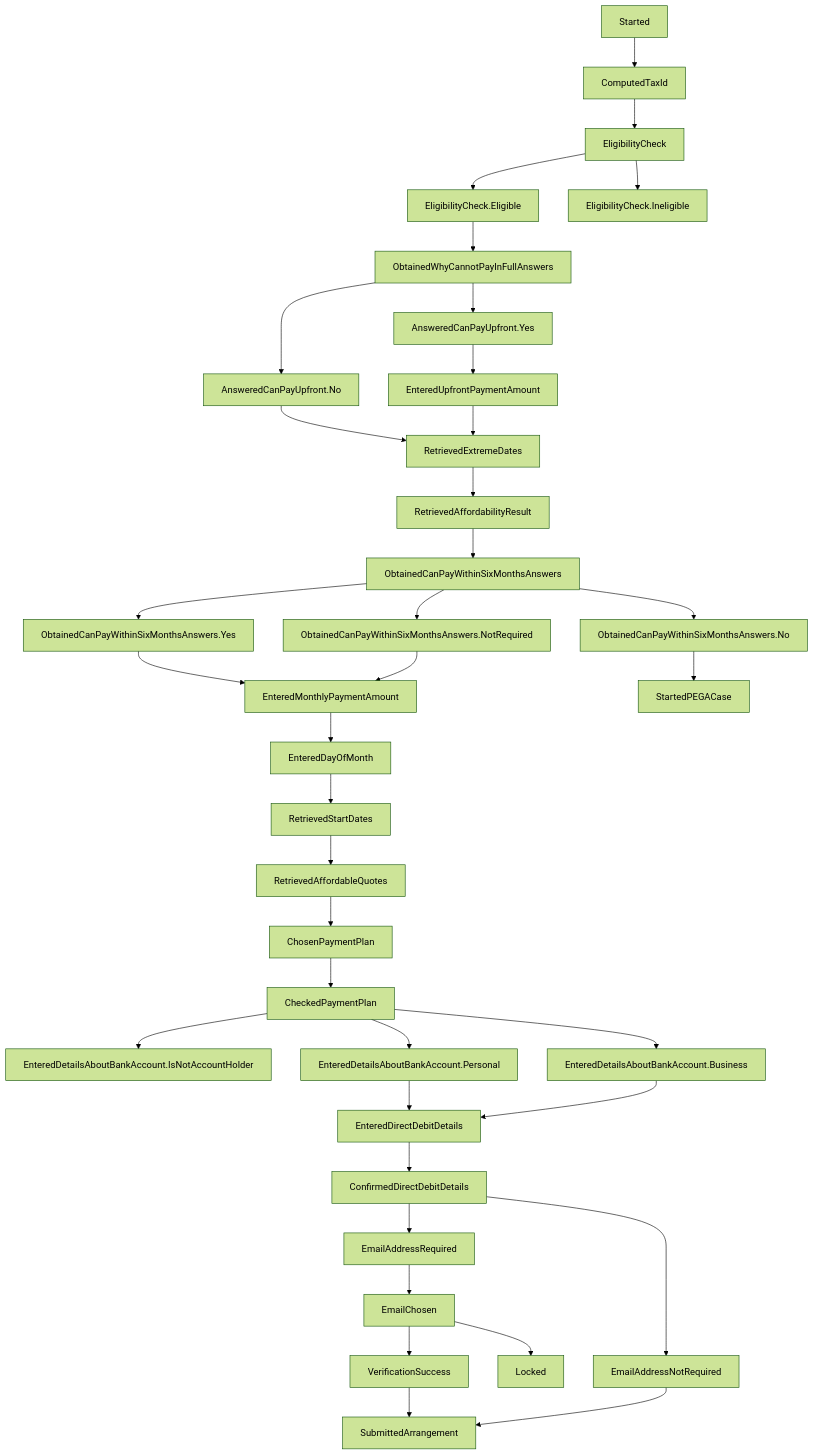
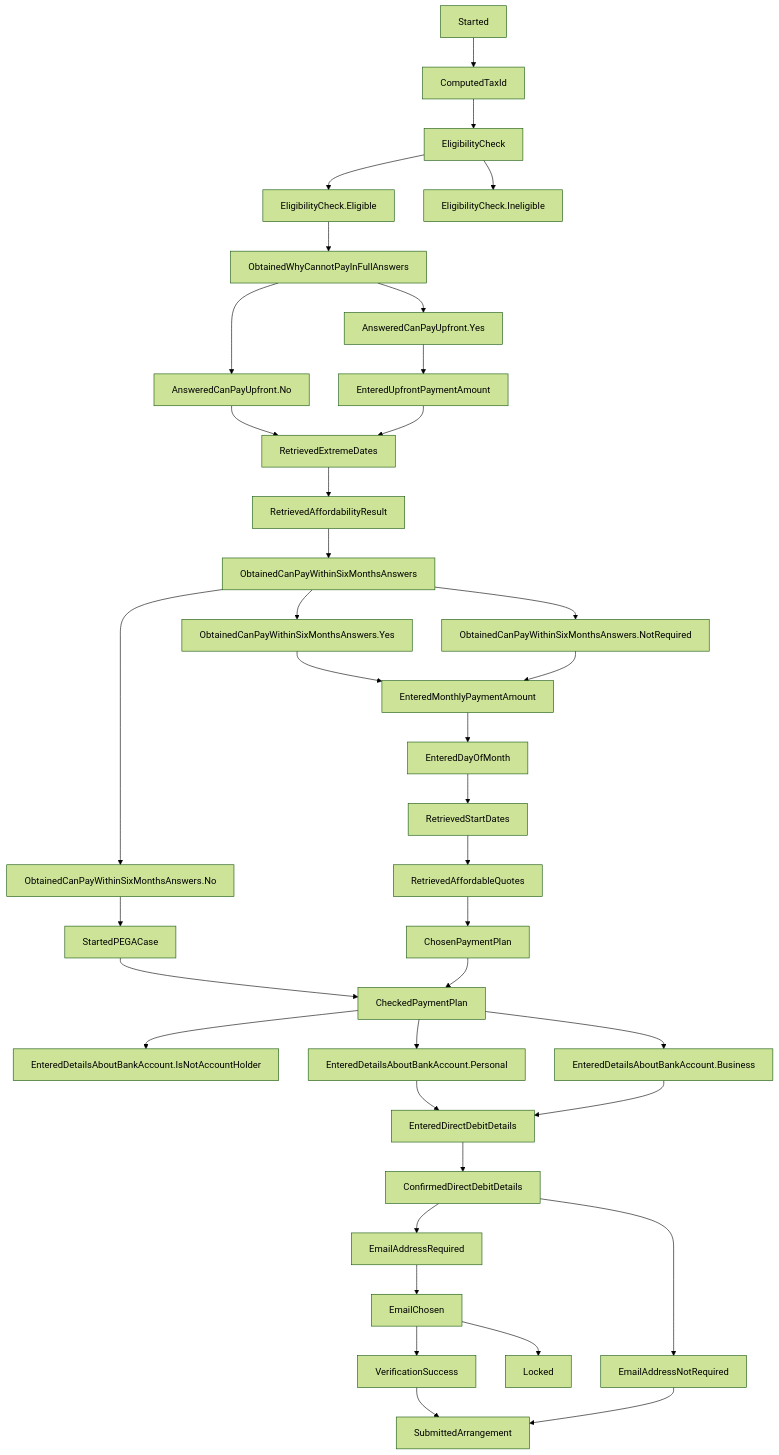
One commit to hmrc/essttp-backend changed the diagram in README.md. Above: the diagram before and after it, drawn with Mermaid (forest theme). The commit also changed 58 other files, not shown here.

````diff
--- a/README.md
+++ b/README.md
@@ -38,38 +38,39 @@
 ```mermaid
 graph TD;
     Started --> ComputedTaxId;
     ComputedTaxId --> EligibilityCheck;
     EligibilityCheck --> EligibilityCheck.Eligible;
     EligibilityCheck --> EligibilityCheck.Ineligible;
     EligibilityCheck.Eligible --> ObtainedWhyCannotPayInFullAnswers;
     ObtainedWhyCannotPayInFullAnswers --> AnsweredCanPayUpfront.Yes;
     ObtainedWhyCannotPayInFullAnswers --> AnsweredCanPayUpfront.No;
     AnsweredCanPayUpfront.No --> RetrievedExtremeDates;
     AnsweredCanPayUpfront.Yes --> EnteredUpfrontPaymentAmount --> RetrievedExtremeDates;
     RetrievedExtremeDates --> RetrievedAffordabilityResult;
     RetrievedAffordabilityResult --> ObtainedCanPayWithinSixMonthsAnswers;
     ObtainedCanPayWithinSixMonthsAnswers --> ObtainedCanPayWithinSixMonthsAnswers.Yes;
     ObtainedCanPayWithinSixMonthsAnswers --> ObtainedCanPayWithinSixMonthsAnswers.No;
     ObtainedCanPayWithinSixMonthsAnswers --> ObtainedCanPayWithinSixMonthsAnswers.NotRequired;
     ObtainedCanPayWithinSixMonthsAnswers.Yes --> EnteredMonthlyPaymentAmount;
     ObtainedCanPayWithinSixMonthsAnswers.No --> StartedPEGACase;
+    StartedPEGACase --> CheckedPaymentPlan;
     ObtainedCanPayWithinSixMonthsAnswers.NotRequired --> EnteredMonthlyPaymentAmount;
     EnteredMonthlyPaymentAmount --> EnteredDayOfMonth;
     EnteredDayOfMonth --> RetrievedStartDates;
     RetrievedStartDates --> RetrievedAffordableQuotes;
     RetrievedAffordableQuotes --> ChosenPaymentPlan;
     ChosenPaymentPlan --> CheckedPaymentPlan;
     CheckedPaymentPlan --> EnteredDetailsAboutBankAccount.IsNotAccountHolder;
     CheckedPaymentPlan --> EnteredDetailsAboutBankAccount.Personal;
     CheckedPaymentPlan --> EnteredDetailsAboutBankAccount.Business;
     EnteredDetailsAboutBankAccount.Personal --> EnteredDirectDebitDetails;
     EnteredDetailsAboutBankAccount.Business --> EnteredDirectDebitDetails;
     EnteredDirectDebitDetails --> ConfirmedDirectDebitDetails;
     ConfirmedDirectDebitDetails --> EmailAddressRequired;
     ConfirmedDirectDebitDetails --> EmailAddressNotRequired;
     EmailAddressRequired --> EmailChosen;
     EmailChosen --> Locked;
     EmailChosen --> VerificationSuccess;
     VerificationSuccess --> SubmittedArrangement;
     EmailAddressNotRequired --> SubmittedArrangement;
 ```
````
